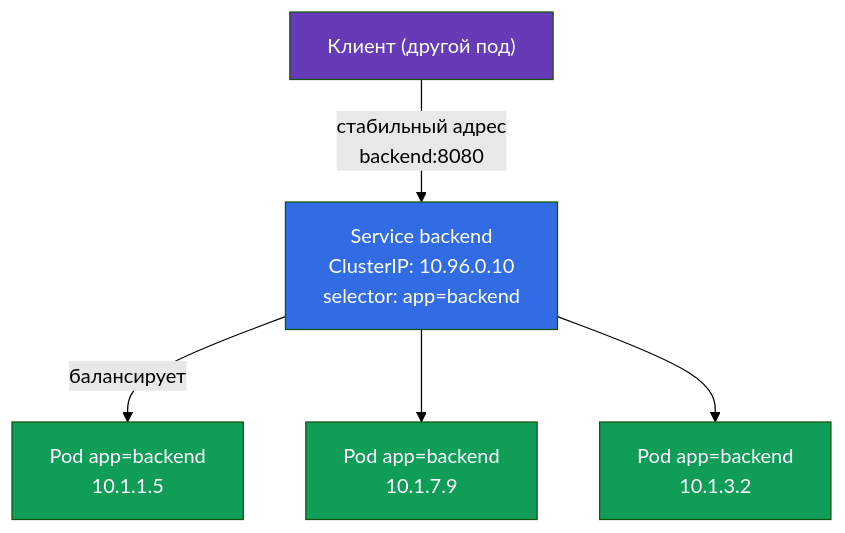
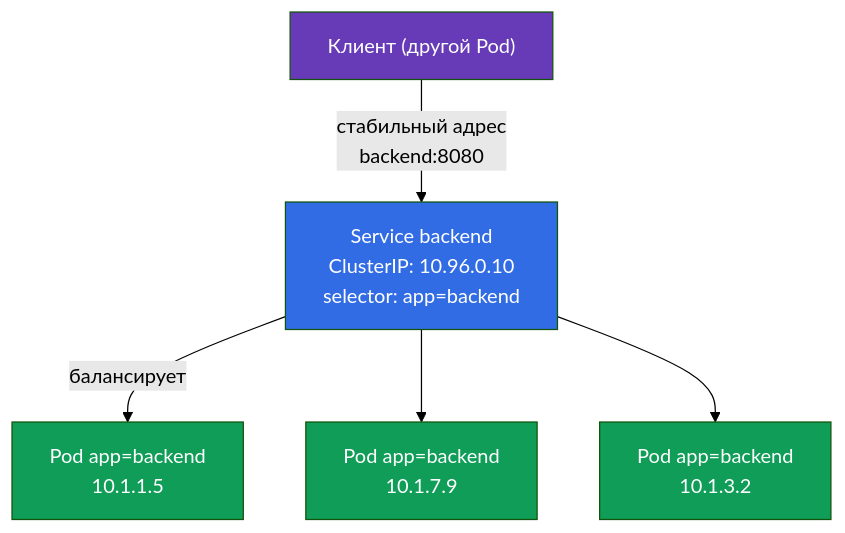
Before and after one commit to ViktorUJ/cks: the second of 11 diagrams in tasks/cka/course/07/ru.md, drawn with Mermaid (forest theme). The commit also changed other lines of this file and 15 other files, not shown here.

````diff
--- a/tasks/cka/course/07/ru.md
+++ b/tasks/cka/course/07/ru.md
@@ -43,17 +43,17 @@
 ```mermaid
 flowchart TB
-    client["Клиент (другой под)"]
+    client["Клиент (другой Pod)"]
     svc["Service backend<br>ClusterIP: 10.96.0.10<br>selector: app=backend"]
     p1["Pod app=backend<br>10.1.1.5"]
     p2["Pod app=backend<br>10.1.7.9"]
     p3["Pod app=backend<br>10.1.3.2"]
     client -->|"стабильный адрес<br>backend:8080"| svc
     svc -->|"балансирует"| p1
     svc --> p2
     svc --> p3
     style client fill:#673ab7,color:#fff
     style svc fill:#326ce5,color:#fff
     style p1 fill:#0f9d58,color:#fff
     style p2 fill:#0f9d58,color:#fff
     style p3 fill:#0f9d58,color:#fff
 ```
````
